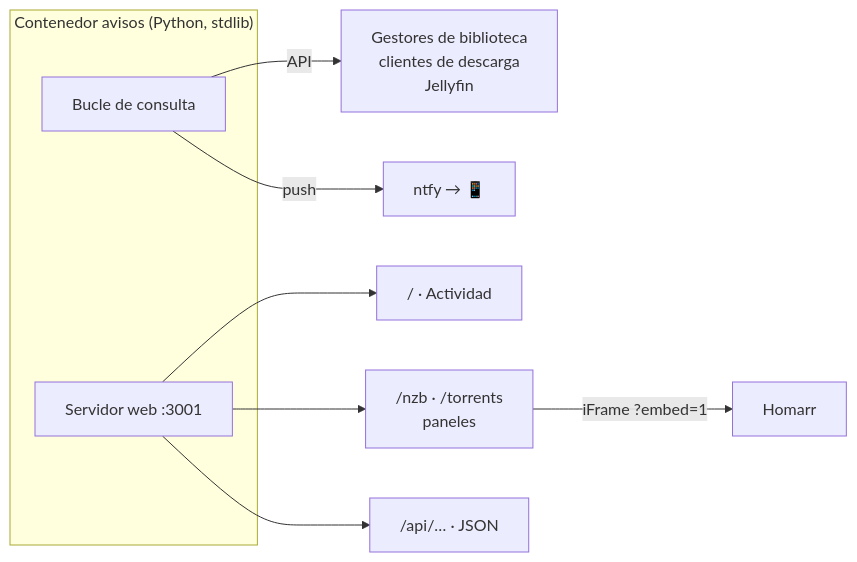
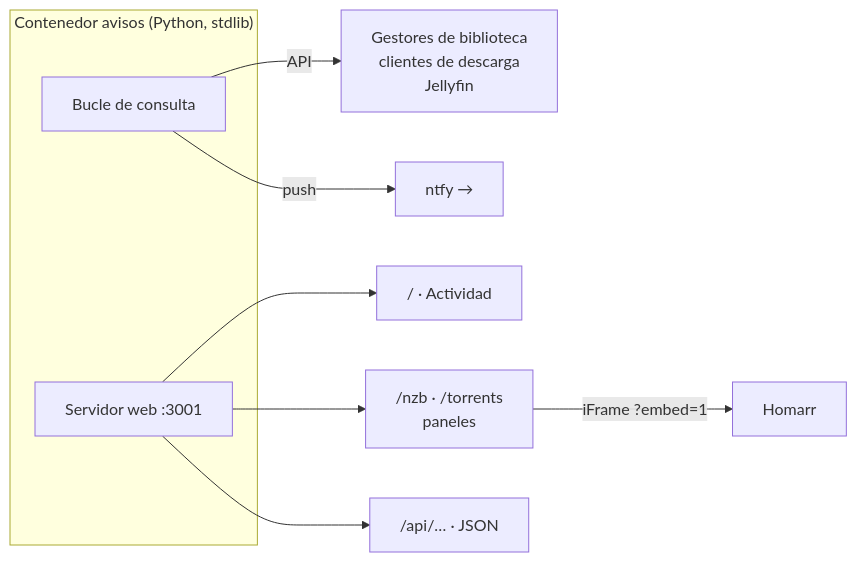
Before and after one commit to m0uwastaken/homelab: the diagram in docs/06-avisos-y-paneles.md, drawn with Mermaid. The commit also changed 8 other files, not shown here.

First line of the commit message:
Actualiza el diagrama de red con el switch y quita los emojis de los diagramas

````diff
--- a/docs/06-avisos-y-paneles.md
+++ b/docs/06-avisos-y-paneles.md
@@ -11,13 +11,13 @@
 ```mermaid
 flowchart LR
     subgraph AV["Contenedor avisos (Python, stdlib)"]
         L["Bucle de consulta"]
         W["Servidor web :3001"]
     end
     L -->|API| SRC["Gestores de biblioteca<br/>clientes de descarga<br/>Jellyfin"]
-    L -->|"push"| NT["ntfy → 📱"]
+    L -->|"push"| NT["ntfy → "]
     W --> ACT["/ · Actividad"]
     W --> PN["/nzb · /torrents<br/>paneles"]
     W --> API["/api/… · JSON"]
     PN -->|"iFrame ?embed=1"| H["Homarr"]
 ```
````
